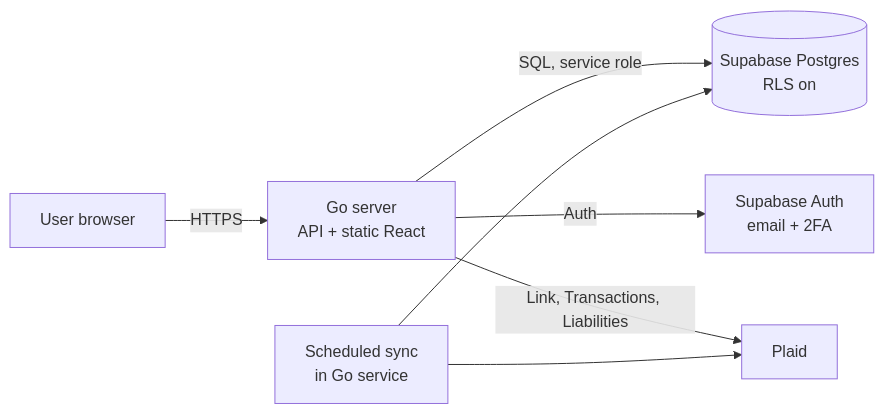
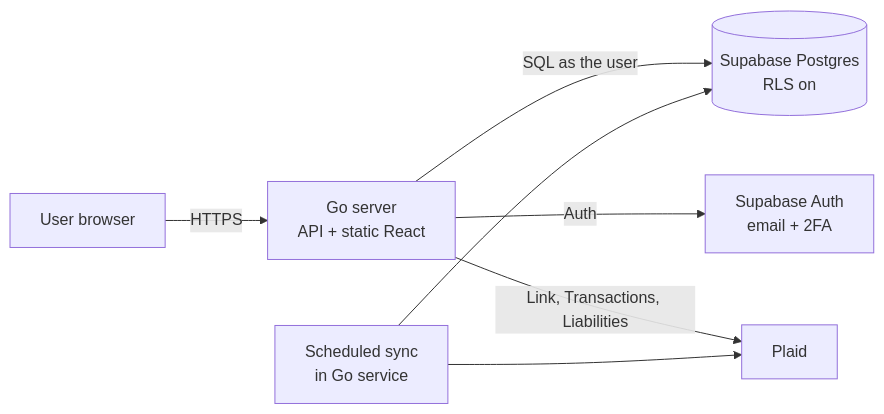
One commit to Kolla1997/Tallyn changed the diagram in docs/04 Tech/Architecture.md. Above: the diagram before and after it, drawn with Mermaid. The commit also changed other lines of this file and 5 other files, not shown here.

````diff
--- a/docs/04 Tech/Architecture.md
+++ b/docs/04 Tech/Architecture.md
@@ -12,9 +13,9 @@
 ```mermaid
 flowchart LR
   U[User browser] -->|HTTPS| G[Go server<br/>API + static React]
-  G -->|SQL, service role| DB[(Supabase Postgres<br/>RLS on)]
+  G -->|SQL as the user| DB[(Supabase Postgres<br/>RLS on)]
   G -->|Auth| SA[Supabase Auth<br/>email + 2FA]
   G -->|Link, Transactions, Liabilities| P[Plaid]
   S[Scheduled sync<br/>in Go service] --> P
   S --> DB
 ```
````
